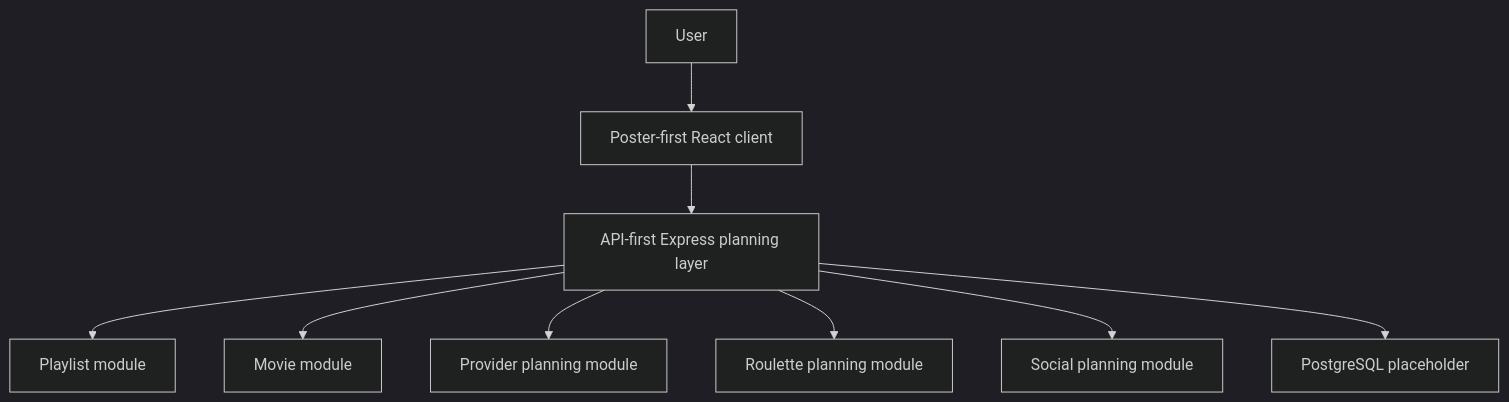
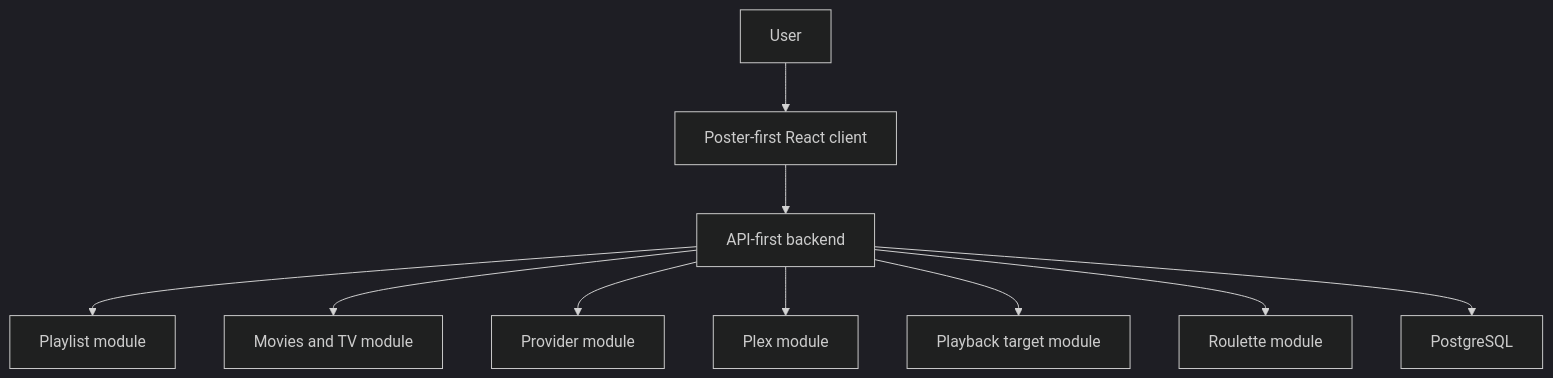
Before and after one commit to TerryFoster1/flim: the diagram in docs/product-bible.md, drawn with Mermaid (dark theme). The commit also changed other lines of this file and 11 other files, not shown here.

Commit message:
Add master entertainment roadmap

````diff
--- a/docs/product-bible.md
+++ b/docs/product-bible.md
@@ -61,11 +70,12 @@
 ```mermaid
 flowchart TD
   User["User"] --> Client["Poster-first React client"]
-  Client --> API["API-first Express planning layer"]
+  Client --> API["API-first backend"]
   API --> Playlists["Playlist module"]
-  API --> Movies["Movie module"]
-  API --> Providers["Provider planning module"]
-  API --> Roulette["Roulette planning module"]
-  API --> Social["Social planning module"]
-  API --> DB["PostgreSQL placeholder"]
+  API --> Media["Movies and TV module"]
+  API --> Providers["Provider module"]
+  API --> Plex["Plex module"]
+  API --> Devices["Playback target module"]
+  API --> Roulette["Roulette module"]
+  API --> DB["PostgreSQL"]
 ```
````
